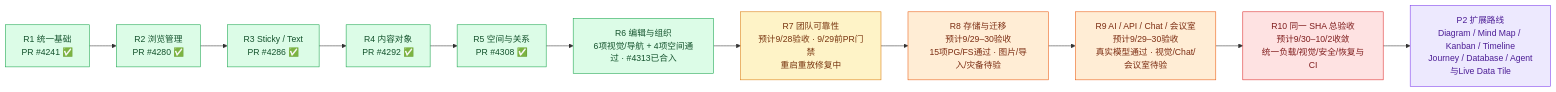
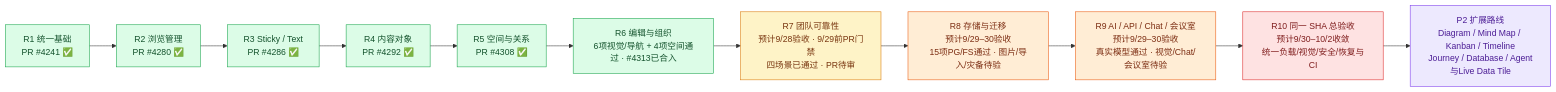
One commit to boardx/workspacex changed the first of 4 diagrams in phases/phase-19-board-visual-workspace/design-deltas/2026-09-26-unified-board-plan.md. Above: the diagram before and after it, drawn with Mermaid. The commit also changed other lines of this file, not shown here.

````diff
--- a/phases/phase-19-board-visual-workspace/design-deltas/2026-09-26-unified-board-plan.md
+++ b/phases/phase-19-board-visual-workspace/design-deltas/2026-09-26-unified-board-plan.md
@@ -23,20 +23,20 @@
 ```mermaid
 flowchart LR
   R1["R1 统一基础<br/>PR #4241 ✅"]:::merged --> R2["R2 浏览管理<br/>PR #4280 ✅"]:::merged
   R2 --> R3["R3 Sticky / Text<br/>PR #4286 ✅"]:::merged
   R3 --> R4["R4 内容对象<br/>PR #4292 ✅"]:::merged
   R4 --> R5["R5 空间与关系<br/>PR #4308 ✅"]:::merged
   R5 --> R6["R6 编辑与组织<br/>6项视觉/导航 + 4项空间通过 · #4313已合入"]:::merged
-  R6 --> R7["R7 团队可靠性<br/>预计9/28验收 · 9/29前PR门禁<br/>重启重放修复中"]:::accepting
+  R6 --> R7["R7 团队可靠性<br/>预计9/28验收 · 9/29前PR门禁<br/>四场景已通过 · PR待审"]:::accepting
   R7 --> R8["R8 存储与迁移<br/>预计9/29–30验收<br/>15项PG/FS通过 · 图片/导入/灾备待验"]:::working
   R8 --> R9["R9 AI / API / Chat / 会议室<br/>预计9/29–30验收<br/>真实模型通过 · 视觉/Chat/会议室待验"]:::working
   R9 --> R10["R10 同一 SHA 总验收<br/>预计9/30–10/2收敛<br/>统一负载/视觉/安全/恢复与CI"]:::blocked
   R10 --> P2["P2 扩展路线<br/>Diagram / Mind Map / Kanban / Timeline<br/>Journey / Database / Agent与Live Data Tile"]:::future
   classDef merged fill:#dcfce7,stroke:#16a34a,color:#14532d
   classDef accepting fill:#fef3c7,stroke:#d97706,color:#78350f
   classDef ready fill:#dbeafe,stroke:#2563eb,color:#1e3a8a
   classDef working fill:#ffedd5,stroke:#ea580c,color:#7c2d12
   classDef blocked fill:#fee2e2,stroke:#dc2626,color:#7f1d1d
   classDef todo fill:#f1f5f9,stroke:#64748b,color:#334155
   classDef future fill:#ede9fe,stroke:#7c3aed,color:#4c1d95
 ```
````
